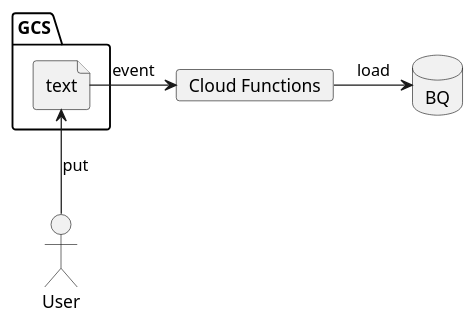
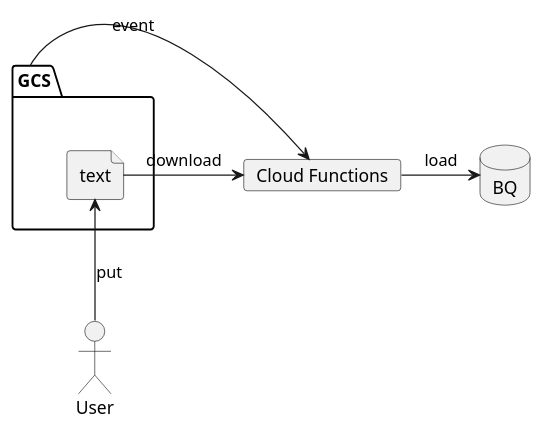
The diagram in image.pu (yomon8/google-serverless-framework-sample), drawn with PlantUML before and after one commit. The commit also changed 1 other file, not shown here.

```diff
--- a/image.pu
+++ b/image.pu
@@ -1,14 +1,15 @@
 @startuml
 actor User as user
 package "GCS" as gcs {
     file text
 }
 
 card "Cloud Functions" as cf
 database BQ as bq
 
 
 user -up-> text : put
-text -> cf : event
+gcs -> cf : event
+text -> cf : download
 cf -> bq : load
 @enduml
```
